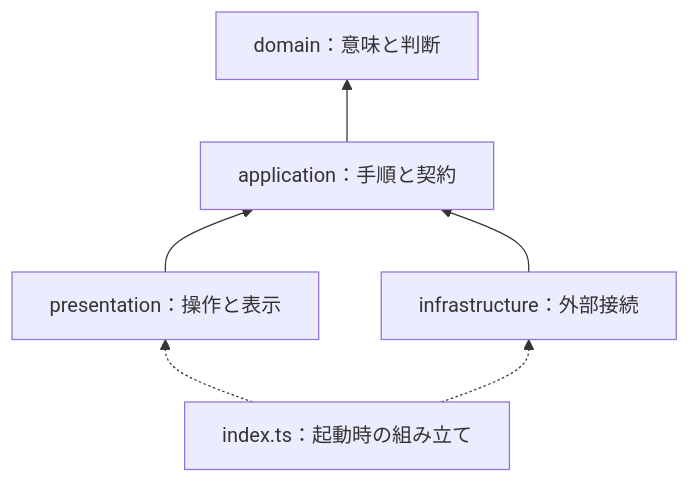
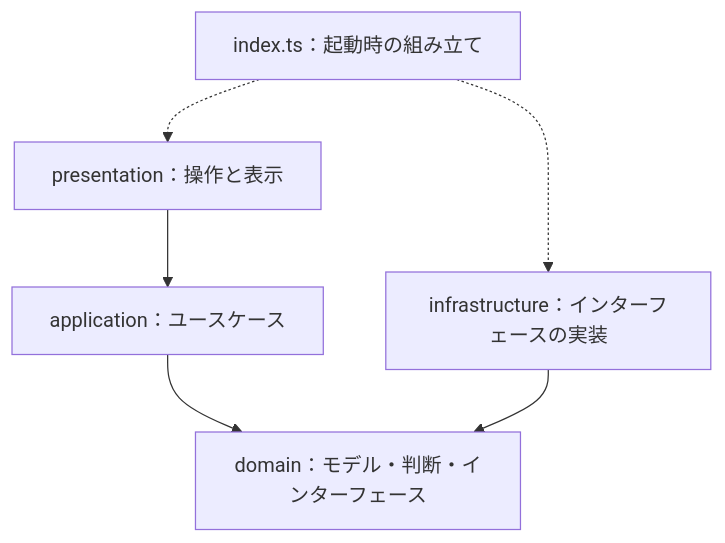
One commit to tamito0201/promari-toolkit changed the second of 2 diagrams in plugins/promari-sns-share/docs/architecture.md. Above: the diagram before and after it, drawn with Mermaid. The commit also changed other lines of this file and 31 other files, not shown here.

````diff
--- a/plugins/promari-sns-share/docs/architecture.md
+++ b/plugins/promari-sns-share/docs/architecture.md
@@ -90,8 +98,8 @@
 ```mermaid
-flowchart BT
-    P["presentation：操作と表示"] --> A["application：手順と契約"]
-    I["infrastructure：外部接続"] --> A
-    A --> D["domain：意味と判断"]
+flowchart TB
+    P["presentation：操作と表示"] --> A["application：ユースケース"]
+    A --> D["domain：モデル・判断・インターフェース"]
+    I["infrastructure：インターフェースの実装"] --> D
     R["index.ts：起動時の組み立て"] -.-> P
     R -.-> I
 ```
````
